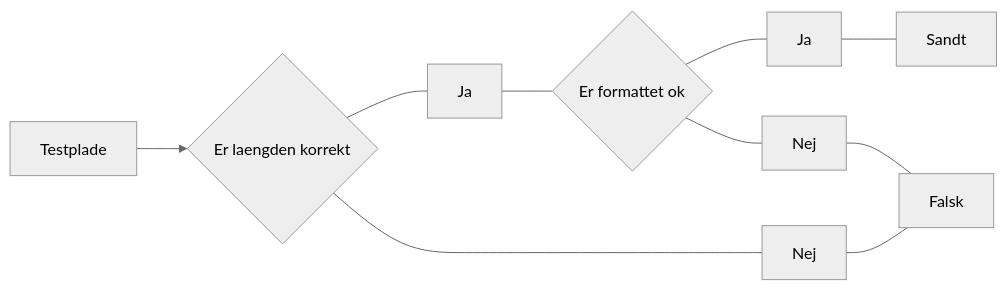
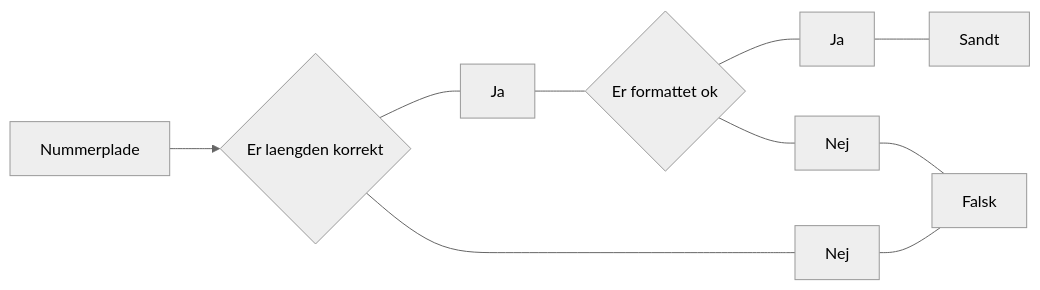
The diagram in nummerplade/readme.md (TRG-BUILD/VTT6), drawn with Mermaid (neutral theme) before and after one commit.

````diff
--- a/nummerplade/readme.md
+++ b/nummerplade/readme.md
@@ -19,15 +19,15 @@
 ```mermaid
 flowchart LR;
-    A[Testplade];
+    A[Nummerplade];
     C{Er laengden korrekt} ;
     D{Er formattet ok};
     F[Falsk];
     T[Sandt]
     A-->C;
     C --- k[Ja] --- D;
     C --- L[Nej] --- F;
     D --- M[Ja] --- T;
     D --- N[Nej] --- F
     
     
 ```
````
